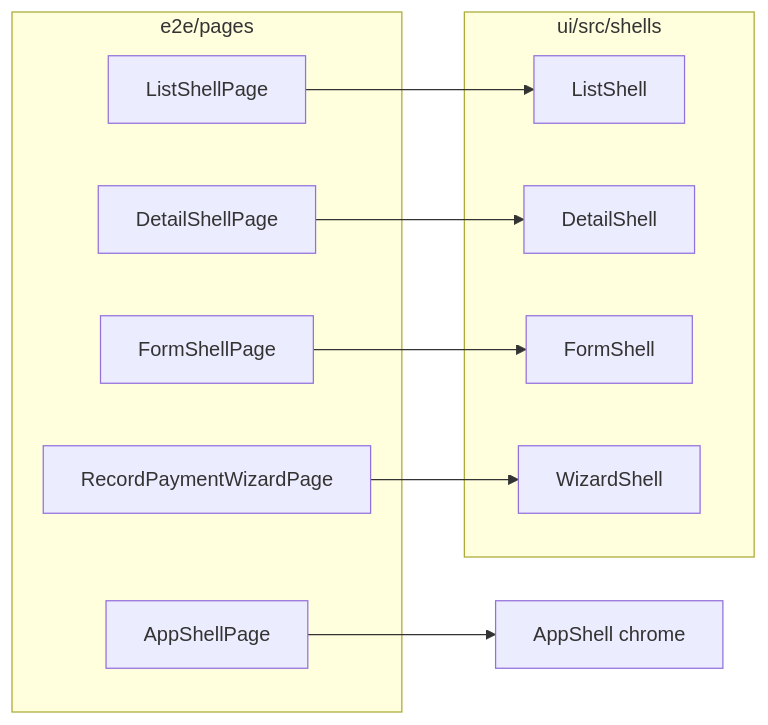
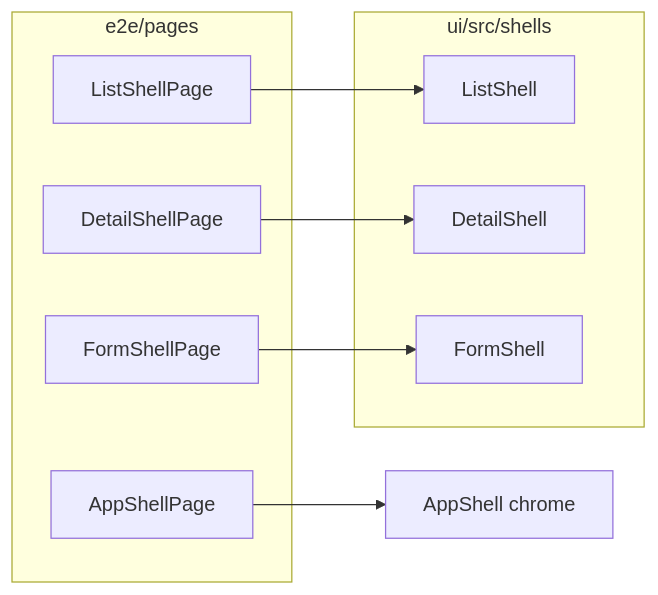
One commit to tareq89/biddaloy changed the diagram in e2e/pages/README.md. Above: the diagram before and after it, drawn with Mermaid. The commit also changed 41 other files, not shown here.

````diff
--- a/e2e/pages/README.md
+++ b/e2e/pages/README.md
@@ -7,21 +7,18 @@
 ```mermaid
 flowchart LR
     subgraph app ["ui/src/shells"]
         LS[ListShell]
         DS[DetailShell]
         FS[FormShell]
-        WS[WizardShell]
     end
     subgraph e2e ["e2e/pages"]
         LSP[ListShellPage]
         DSP[DetailShellPage]
         FSP[FormShellPage]
-        RPW[RecordPaymentWizardPage]
         ASP[AppShellPage]
     end
     LSP --> LS
     DSP --> DS
     FSP --> FS
-    RPW --> WS
     ASP --> AS[AppShell chrome]
 ```
````
